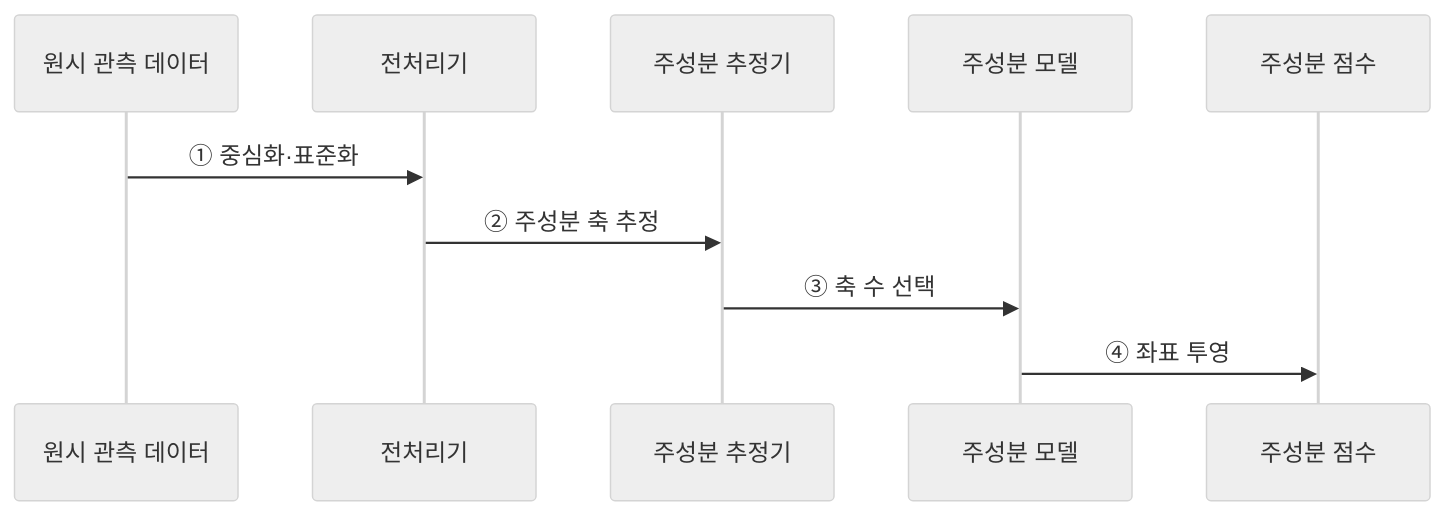
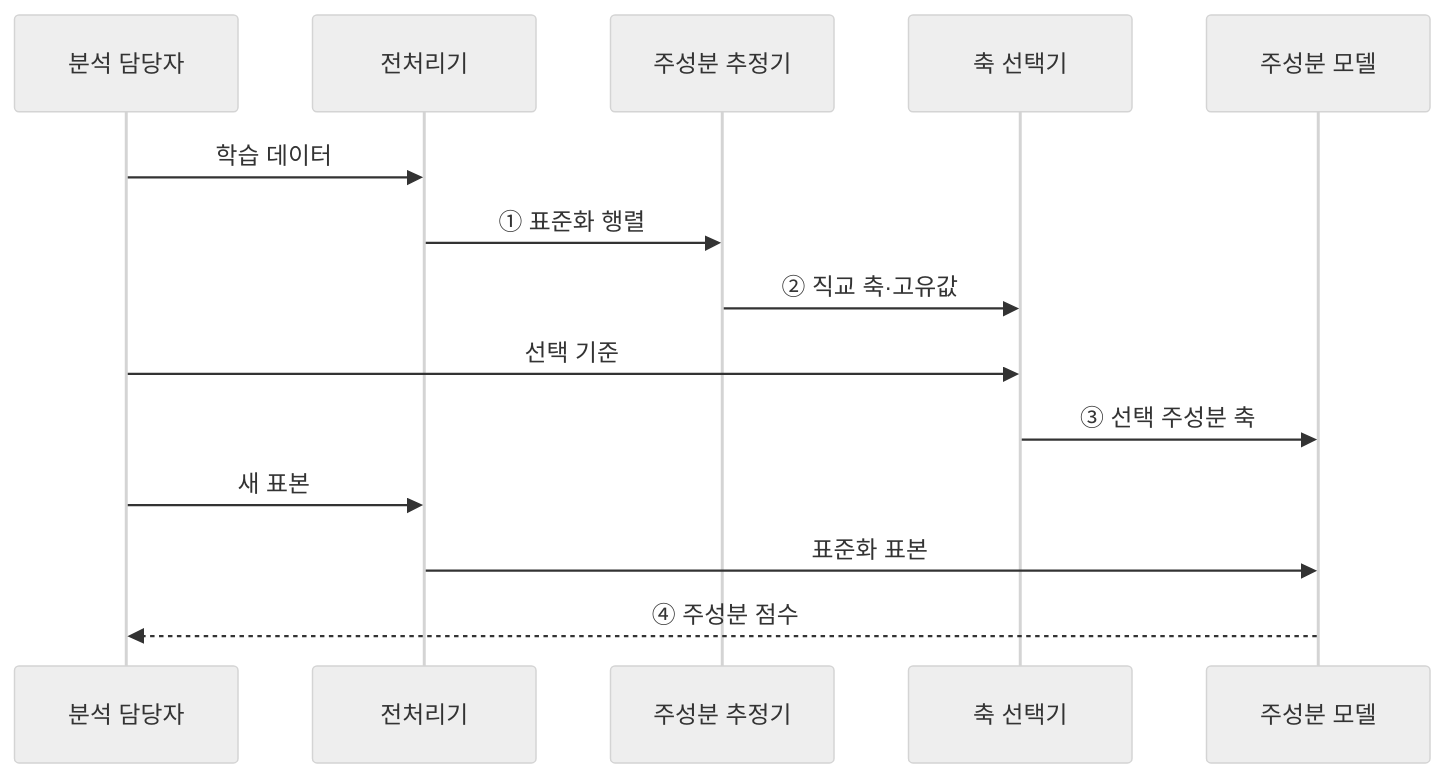
One commit to agnusdei1207/knowledge-base changed the third of 3 diagrams in src/content/docs/notes/01-basic-theory/036_pca.md. Above: the diagram before and after it, drawn with Mermaid (neutral theme). The commit also changed other lines of this file and 10 other files, not shown here.

````diff
--- a/src/content/docs/notes/01-basic-theory/036_pca.md
+++ b/src/content/docs/notes/01-basic-theory/036_pca.md
@@ -117,12 +106,16 @@
 ```mermaid
 sequenceDiagram
-    participant R as 원시 관측 데이터
+    participant A as 분석 담당자
     participant T as 전처리기
     participant E as 주성분 추정기
+    participant K as 축 선택기
     participant M as 주성분 모델
-    participant S as 주성분 점수
-    R->>T: ① 중심화·표준화
-    T->>E: ② 주성분 축 추정
-    E->>M: ③ 축 수 선택
-    M->>S: ④ 좌표 투영
+    A->>T: 학습 데이터
+    T->>E: ① 표준화 행렬
+    E->>K: ② 직교 축·고유값
+    A->>K: 선택 기준
+    K->>M: ③ 선택 주성분 축
+    A->>T: 새 표본
+    T->>M: 표준화 표본
+    M-->>A: ④ 주성분 점수
 ```
````
